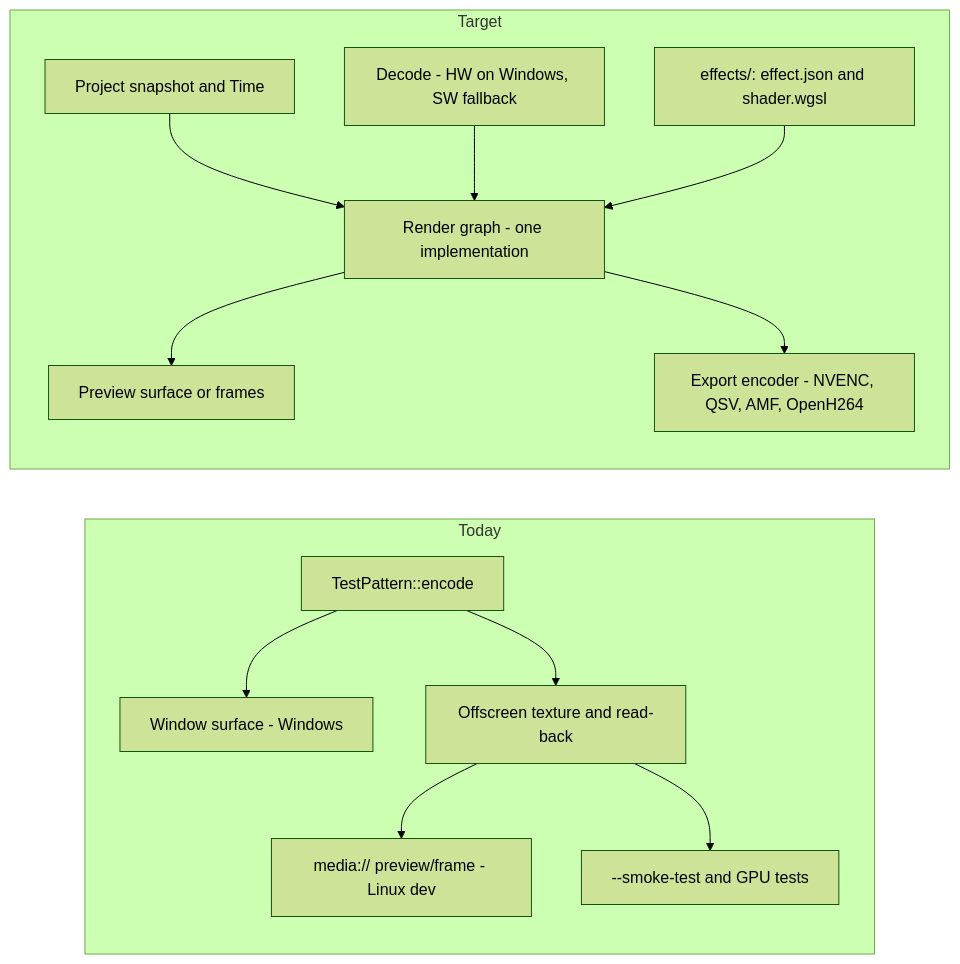
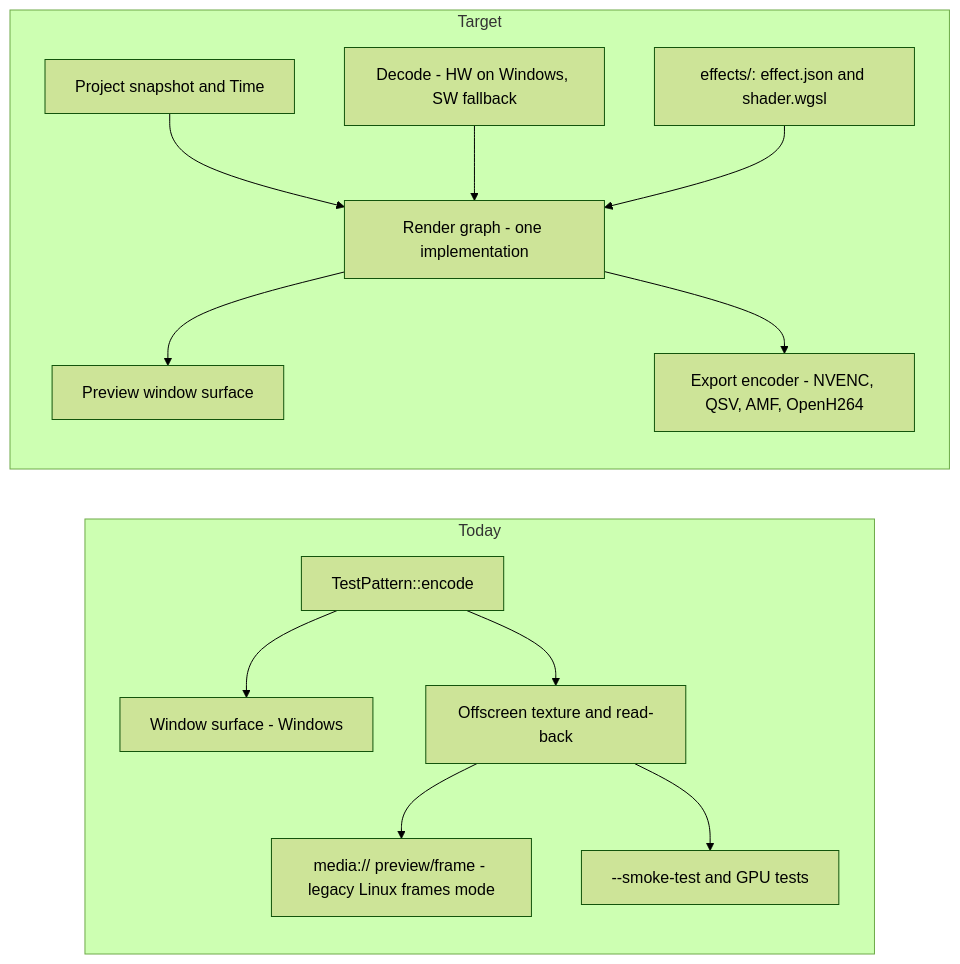
The fourth of 7 diagrams in docs/architecture.md (emicon123/cutframe), drawn with Mermaid (forest theme) before and after one commit. The commit also changed other lines of this file and 19 other files, not shown here.

````diff
--- a/docs/architecture.md
+++ b/docs/architecture.md
@@ -104,16 +104,16 @@
 ```mermaid
 flowchart LR
   subgraph Today
     tp["TestPattern::encode"] --> surf["Window surface - Windows"]
     tp --> off["Offscreen texture and read-back"]
-    off --> fr["media:// preview/frame - Linux dev"]
+    off --> fr["media:// preview/frame - legacy Linux frames mode"]
     off --> smoke["--smoke-test and GPU tests"]
   end
   subgraph Target
     snap["Project snapshot and Time"] --> rgraph["Render graph - one implementation"]
     dec["Decode - HW on Windows, SW fallback"] --> rgraph
     fx["effects/: effect.json and shader.wgsl"] --> rgraph
-    rgraph --> pv["Preview surface or frames"]
+    rgraph --> pv["Preview window surface"]
     rgraph --> ex["Export encoder - NVENC, QSV, AMF, OpenH264"]
   end
 ```
````
